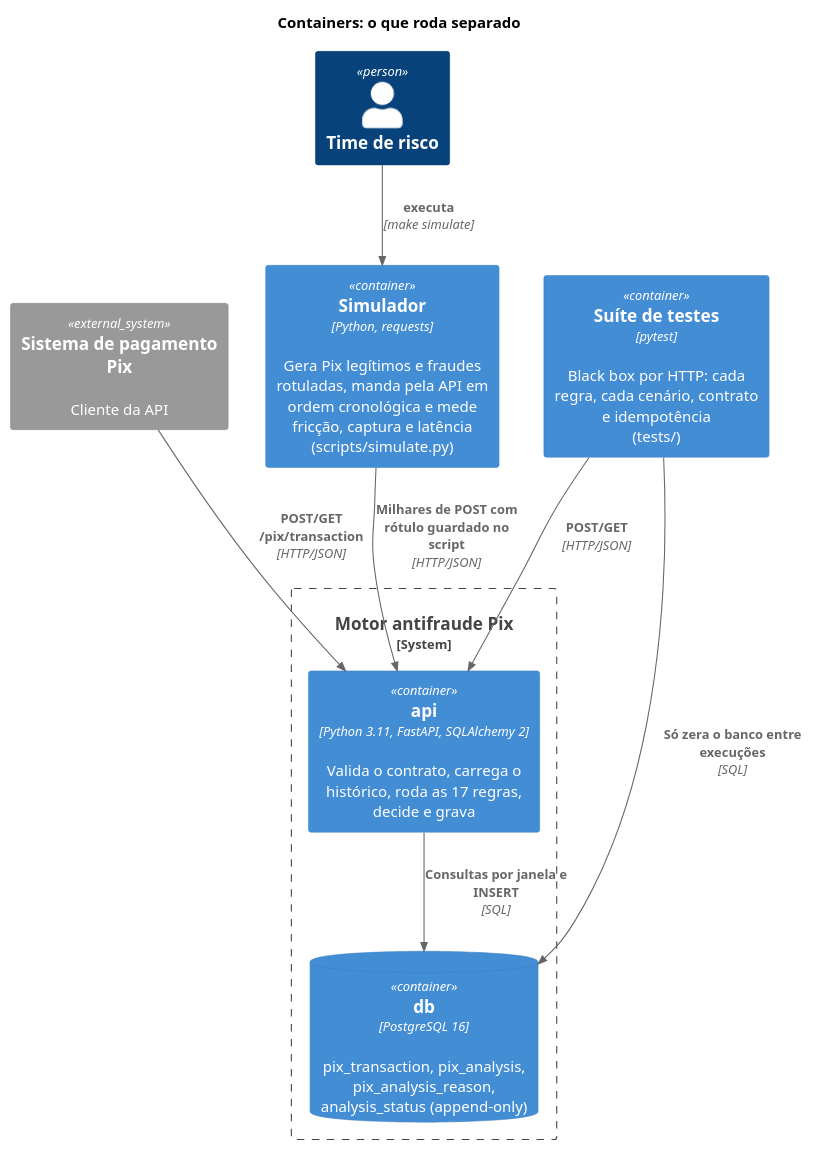
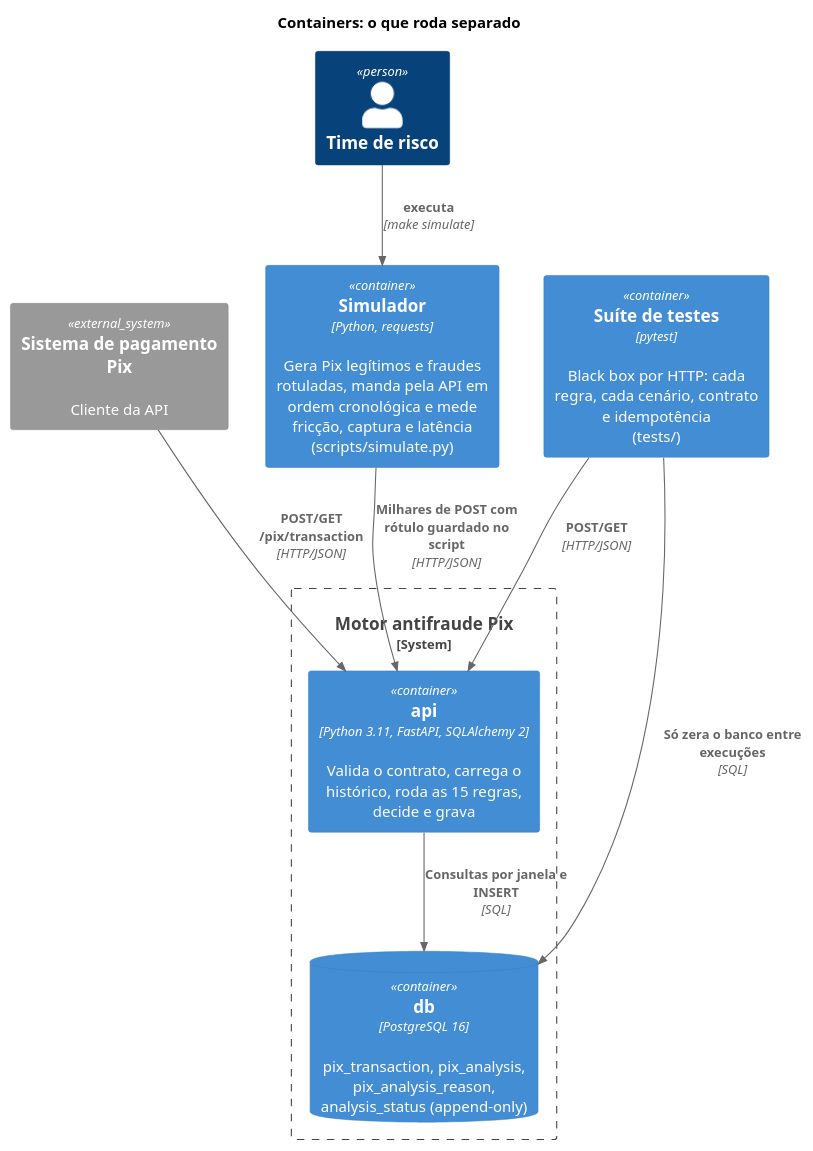
One commit to phprestes/Hackathon-Anti-Fraud-Pix changed the diagram in docs/02-arquitetura/diagramas/c4-containers.puml. Above: the diagram before and after it, drawn with PlantUML. The commit also changed 31 other files, not shown here.

```diff
--- a/docs/02-arquitetura/diagramas/c4-containers.puml
+++ b/docs/02-arquitetura/diagramas/c4-containers.puml
@@ -1,24 +1,24 @@
 @startuml
 !include https://raw.githubusercontent.com/plantuml-stdlib/C4-PlantUML/master/C4_Container.puml
 
 title Containers: o que roda separado
 
 System_Ext(pagamento, "Sistema de pagamento Pix", "Cliente da API")
 Person(risco, "Time de risco")
 
 System_Boundary(motor_boundary, "Motor antifraude Pix") {
-    Container(api, "api", "Python 3.11, FastAPI, SQLAlchemy 2", "Valida o contrato, carrega o histórico, roda as 17 regras, decide e grava")
+    Container(api, "api", "Python 3.11, FastAPI, SQLAlchemy 2", "Valida o contrato, carrega o histórico, roda as 15 regras, decide e grava")
     ContainerDb(db, "db", "PostgreSQL 16", "pix_transaction, pix_analysis, pix_analysis_reason, analysis_status (append-only)")
 }
 
 Container(sim, "Simulador", "Python, requests", "Gera Pix legítimos e fraudes rotuladas, manda pela API em ordem cronológica e mede fricção, captura e latência\n(scripts/simulate.py)")
 Container(tests, "Suíte de testes", "pytest", "Black box por HTTP: cada regra, cada cenário, contrato e idempotência\n(tests/)")
 
 Rel(pagamento, api, "POST/GET /pix/transaction", "HTTP/JSON")
 Rel(api, db, "Consultas por janela e INSERT", "SQL")
 Rel(risco, sim, "executa", "make simulate")
 Rel(sim, api, "Milhares de POST com rótulo guardado no script", "HTTP/JSON")
 Rel(tests, api, "POST/GET", "HTTP/JSON")
 Rel(tests, db, "Só zera o banco entre execuções", "SQL")
 
 @enduml
```
